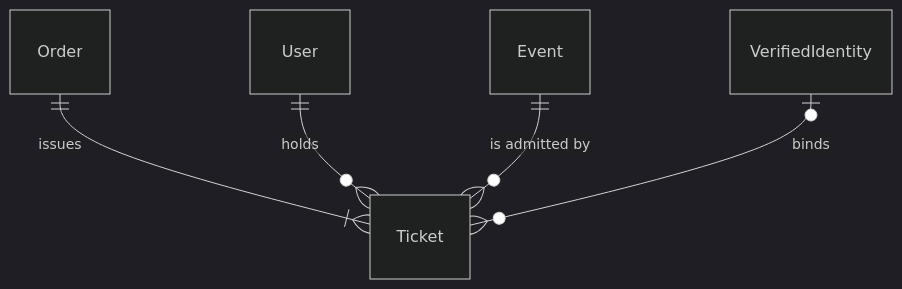
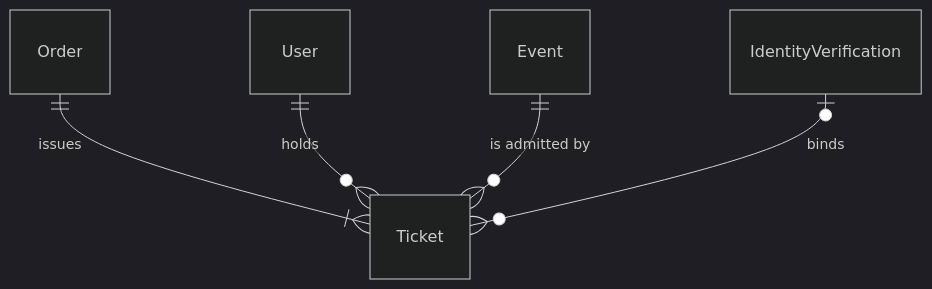
Before and after one commit to liverty-music/specification: the first of 2 diagrams in openspec/specs/components/entity/ticket/spec.md, drawn with Mermaid (dark theme). The commit also changed other lines of this file and 115 other files, not shown here.

````diff
--- a/openspec/specs/components/entity/ticket/spec.md
+++ b/openspec/specs/components/entity/ticket/spec.md
@@ -19,7 +19,7 @@
 ```mermaid
 erDiagram
   Order ||--|{ Ticket : "issues"
   User ||--o{ Ticket : "holds"
   Event ||--o{ Ticket : "is admitted by"
-  VerifiedIdentity |o--o{ Ticket : "binds"
+  IdentityVerification |o--o{ Ticket : "binds"
 ```
````
